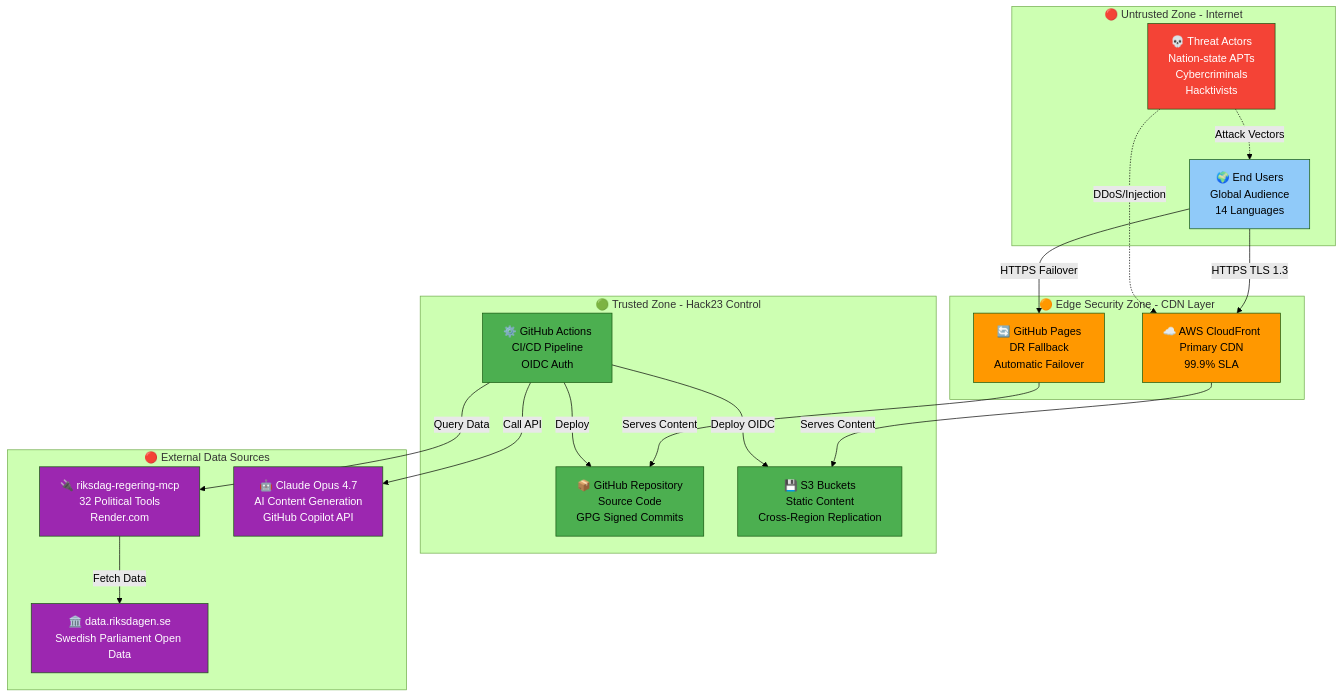
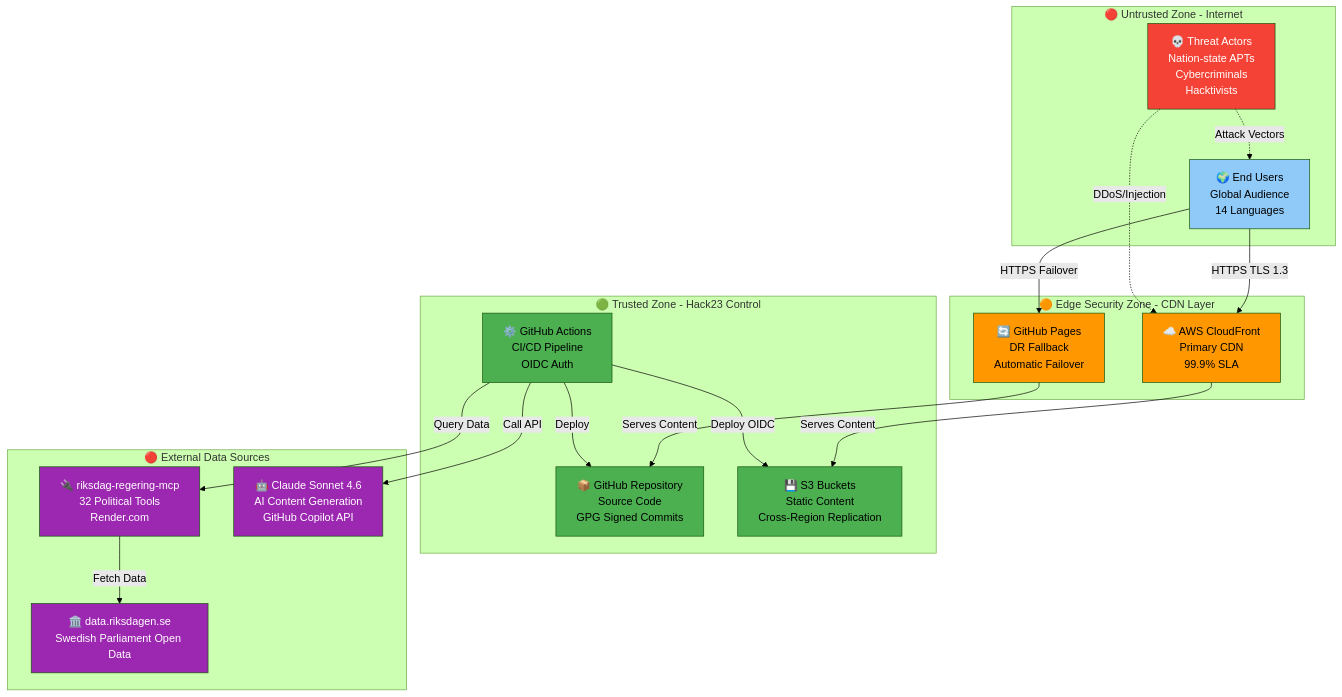
One commit to Hack23/riksdagsmonitor changed the first of 14 diagrams in THREAT_MODEL.md. Above: the diagram before and after it, drawn with Mermaid (forest theme). The commit also changed other lines of this file and 2 other files, not shown here.

````diff
--- a/THREAT_MODEL.md
+++ b/THREAT_MODEL.md
@@ -264,50 +270,50 @@
 ```mermaid
 graph TB
     subgraph External["🔴 Untrusted Zone - Internet"]
         User[🌍 End Users<br/>Global Audience<br/>14 Languages]
         Attacker[💀 Threat Actors<br/>Nation-state APTs<br/>Cybercriminals<br/>Hacktivists]
     end
     
     subgraph Edge["🟠 Edge Security Zone - CDN Layer"]
         CloudFront[☁️ AWS CloudFront<br/>Primary CDN<br/>99.9% SLA]
         GitHubPages[🔄 GitHub Pages<br/>DR Fallback<br/>Automatic Failover]
     end
     
     subgraph Internal["🟢 Trusted Zone - Hack23 Control"]
         Repo[📦 GitHub Repository<br/>Source Code<br/>GPG Signed Commits]
         Actions[⚙️ GitHub Actions<br/>CI/CD Pipeline<br/>OIDC Auth]
         S3[💾 S3 Buckets<br/>Static Content<br/>Cross-Region Replication]
     end
     
     subgraph External2["🔴 External Data Sources"]
         MCP[🔌 riksdag-regering-mcp<br/>32 Political Tools<br/>Render.com]
-        Claude[🤖 Claude Opus 4.7<br/>AI Content Generation<br/>GitHub Copilot API]
+        Claude[🤖 Claude Sonnet 4.6<br/>AI Content Generation<br/>GitHub Copilot API]
         RiksdagAPI[🏛️ data.riksdagen.se<br/>Swedish Parliament Open Data]
     end
     
     User -->|HTTPS TLS 1.3| CloudFront
     User -->|HTTPS Failover| GitHubPages
     Attacker -.->|Attack Vectors| User
     Attacker -.->|DDoS/Injection| CloudFront
     
     CloudFront -->|Serves Content| S3
     GitHubPages -->|Serves Content| Repo
     
     Actions -->|Deploy OIDC| S3
     Actions -->|Deploy| Repo
     Actions -->|Call API| Claude
     Actions -->|Query Data| MCP
     
     MCP -->|Fetch Data| RiksdagAPI
     
     style User fill:#90caf9,color:#000
     style Attacker fill:#f44336,color:#fff
     style CloudFront fill:#ff9800,color:#000
     style GitHubPages fill:#ff9800,color:#000
     style Repo fill:#4caf50,color:#000
     style Actions fill:#4caf50,color:#000
     style S3 fill:#4caf50,color:#000
     style MCP fill:#9c27b0,color:#fff
     style Claude fill:#9c27b0,color:#fff
     style RiksdagAPI fill:#9c27b0,color:#fff
 ```
````
